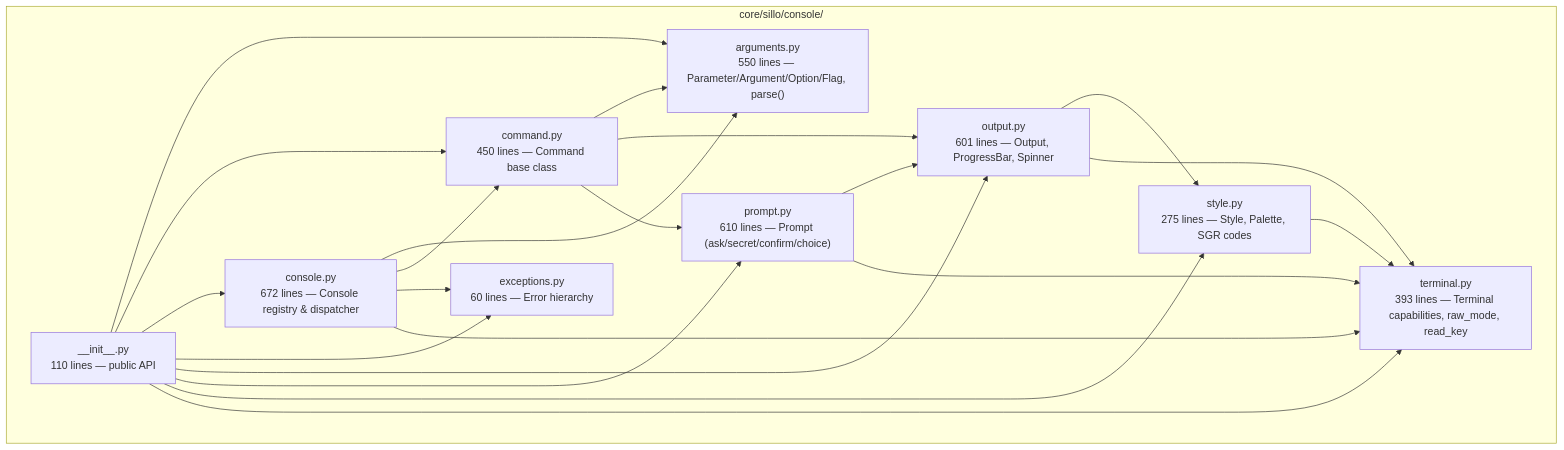
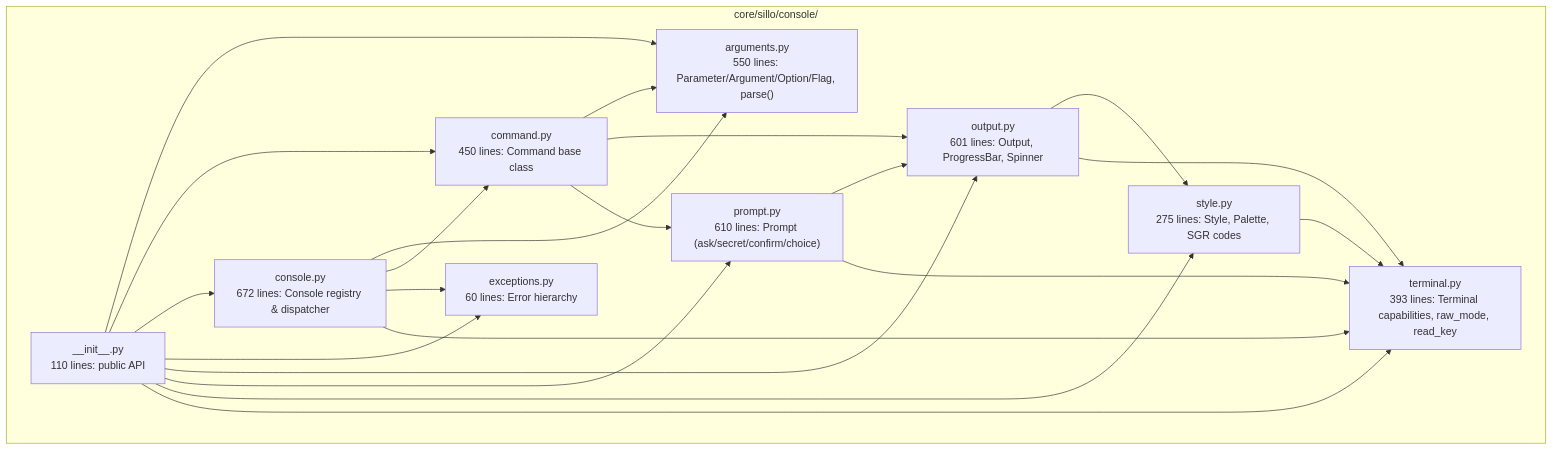
The first of 8 diagrams in docs/docs/src/content/docs/advanced/console.md (sillohq/core), drawn with Mermaid before and after one commit. The commit also changed other lines of this file and 233 other files, not shown here.

````diff
--- a/docs/docs/src/content/docs/advanced/console.md
+++ b/docs/docs/src/content/docs/advanced/console.md
@@ -20,35 +20,35 @@
 ```mermaid
 graph TD
     subgraph "core/sillo/console/"
-        A["__init__.py<br/>110 lines — public API"]
-        B["arguments.py<br/>550 lines — Parameter/Argument/Option/Flag, parse()"]
-        C["command.py<br/>450 lines — Command base class"]
-        D["console.py<br/>672 lines — Console registry & dispatcher"]
-        E["exceptions.py<br/>60 lines — Error hierarchy"]
-        F["output.py<br/>601 lines — Output, ProgressBar, Spinner"]
-        G["prompt.py<br/>610 lines — Prompt (ask/secret/confirm/choice)"]
-        H["style.py<br/>275 lines — Style, Palette, SGR codes"]
-        I["terminal.py<br/>393 lines — Terminal capabilities, raw_mode, read_key"]
+        A["__init__.py<br/>110 lines: public API"]
+        B["arguments.py<br/>550 lines: Parameter/Argument/Option/Flag, parse()"]
+        C["command.py<br/>450 lines: Command base class"]
+        D["console.py<br/>672 lines: Console registry & dispatcher"]
+        E["exceptions.py<br/>60 lines: Error hierarchy"]
+        F["output.py<br/>601 lines: Output, ProgressBar, Spinner"]
+        G["prompt.py<br/>610 lines: Prompt (ask/secret/confirm/choice)"]
+        H["style.py<br/>275 lines: Style, Palette, SGR codes"]
+        I["terminal.py<br/>393 lines: Terminal capabilities, raw_mode, read_key"]
     end
 
     A --> B
     A --> C
     A --> D
     A --> E
     A --> F
     A --> G
     A --> H
     A --> I
     C --> B
     C --> F
     C --> G
     D --> B
     D --> C
     D --> E
     D --> I
     F --> H
     F --> I
     G --> F
     G --> I
     H --> I
 ```
````
